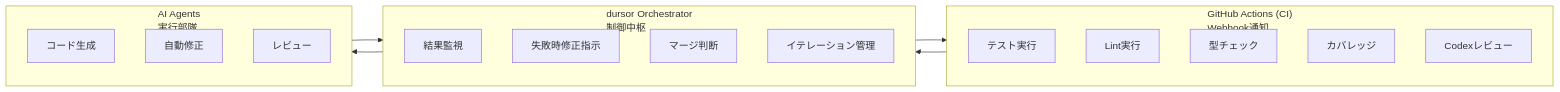
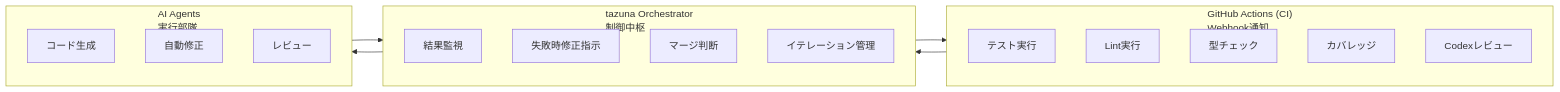
Before and after one commit to hampen2929/zloth: the second of 7 diagrams in docs/agentic-dursor.md, drawn with Mermaid. The commit also changed other lines of this file and 103 other files, not shown here.

Commit message:
Rename from dursor to tazuna

````diff
--- a/docs/agentic-dursor.md
+++ b/docs/agentic-dursor.md
@@ -56,28 +56,28 @@
 ```mermaid
 flowchart LR
     subgraph CI["GitHub Actions (CI)<br/>Webhook通知"]
         CI1[テスト実行]
         CI2[Lint実行]
         CI3[型チェック]
         CI4[カバレッジ]
         CI5[Codexレビュー]
     end
 
-    subgraph Orchestrator["dursor Orchestrator<br/>制御中枢"]
+    subgraph Orchestrator["tazuna Orchestrator<br/>制御中枢"]
         OR1[結果監視]
         OR2[失敗時修正指示]
         OR3[マージ判断]
         OR4[イテレーション管理]
     end
 
     subgraph Agents["AI Agents<br/>実行部隊"]
         AG1[コード生成]
         AG2[自動修正]
         AG3[レビュー]
     end
 
     CI --> Orchestrator
     Orchestrator --> Agents
     Agents --> Orchestrator
     Orchestrator --> CI
 ```
````
